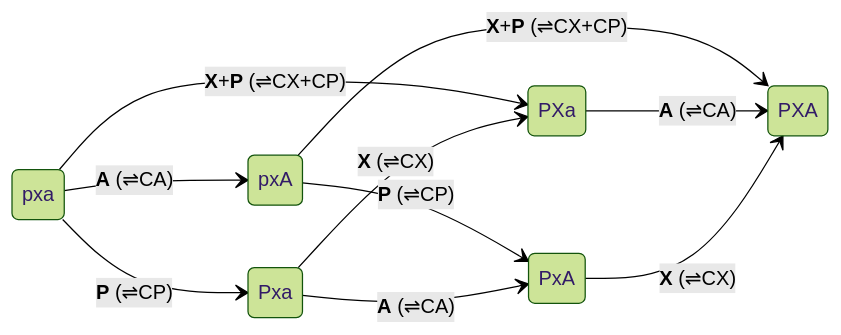
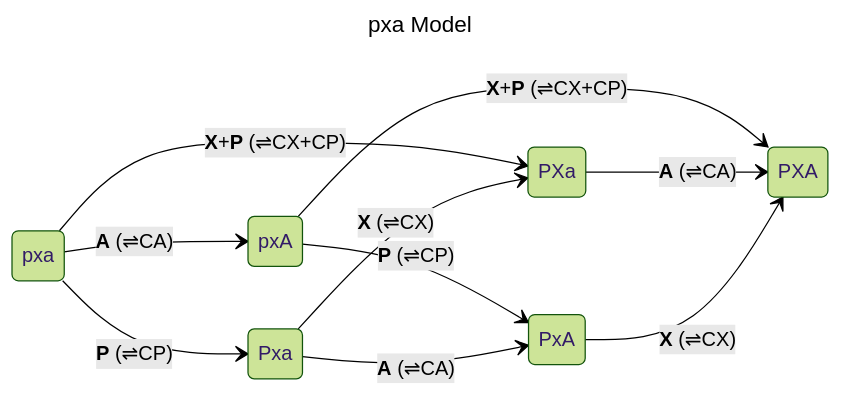
The fourth of 4 diagrams in docs/reference/formal_protocol/conclusion.md (CERTCC/Vultron), drawn with Mermaid (forest theme) before and after one commit. The commit also changed other lines of this file and 30 other files, not shown here.

````diff
--- a/docs/reference/formal_protocol/conclusion.md
+++ b/docs/reference/formal_protocol/conclusion.md
@@ -87,16 +120,19 @@
 ```mermaid
+---
+title: pxa Model
+---
 stateDiagram-v2
     direction LR
     pxa --> Pxa : <b>P</b> (#8652;CP)
     pxa --> PXa : <b>X</b>+<b>P</b> (#8652;CX+CP)
     pxa --> pxA : <b>A</b> (#8652;CA)
   
     pxA --> PxA: <b>P</b> (#8652;CP)
     pxA --> PXA: <b>X</b>+<b>P</b> (#8652;CX+CP)
 
     Pxa --> PxA : <b>A</b> (#8652;CA)
     Pxa --> PXa : <b>X</b> (#8652;CX) 
     
     PXa --> PXA : <b>A</b> (#8652;CA)
     PxA --> PXA : <b>X</b> (#8652;CX)
 ```
````
